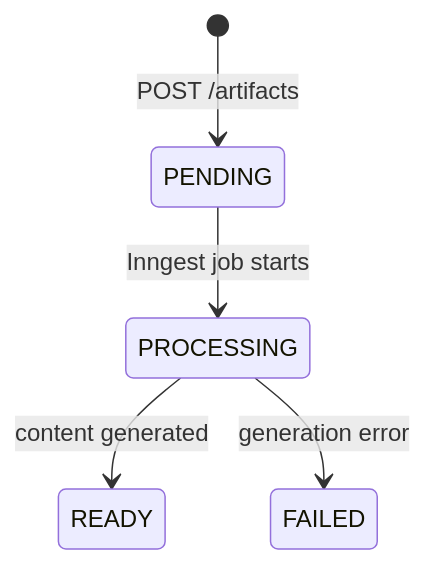
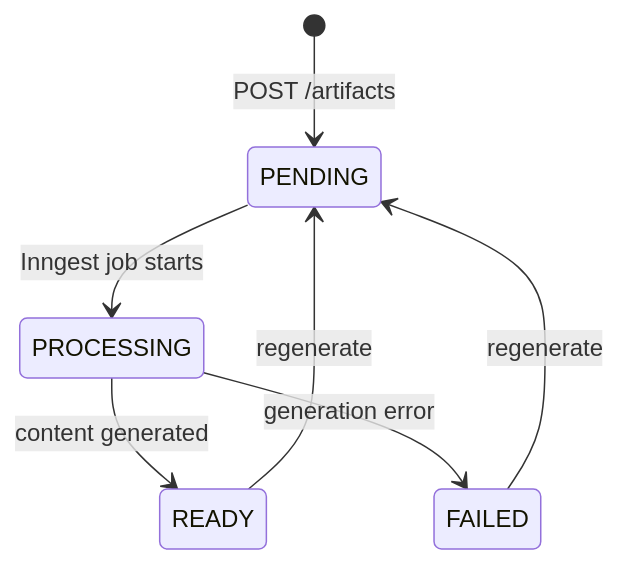
The fifth of 6 diagrams in docs/DATABASE.md (mohammedsaif001/grounded-brain-notebook-llm), drawn with Mermaid before and after one commit. The commit also changed other lines of this file, not shown here.

````diff
--- a/docs/DATABASE.md
+++ b/docs/DATABASE.md
@@ -409,7 +413,9 @@
 ```mermaid
 stateDiagram-v2
     [*] --> PENDING: POST /artifacts
     PENDING --> PROCESSING: Inngest job starts
     PROCESSING --> READY: content generated
     PROCESSING --> FAILED: generation error
+    READY --> PENDING: regenerate
+    FAILED --> PENDING: regenerate
 ```
````
